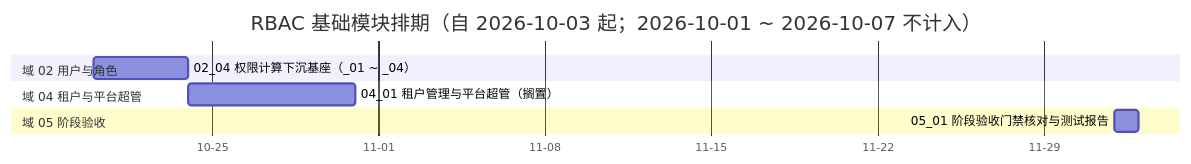
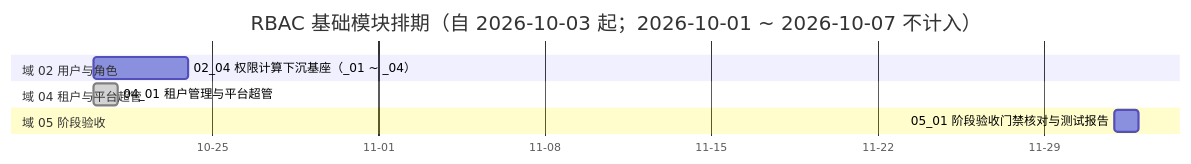
One commit to minjian123/basic-management-system changed the diagram in bms文档/项目/07_RBAC基础模块/计划/01_计划_RBAC基础模块.md. Above: the diagram before and after it, drawn with Mermaid. The commit also changed other lines of this file and 12 other files, not shown here.

````diff
--- a/bms文档/项目/07_RBAC基础模块/计划/01_计划_RBAC基础模块.md
+++ b/bms文档/项目/07_RBAC基础模块/计划/01_计划_RBAC基础模块.md
@@ -77,16 +79,16 @@
 ```mermaid
 gantt
     title RBAC 基础模块排期（自 2026-10-03 起；2026-10-01 ~ 2026-10-07 不计入）
     dateFormat  YYYY-MM-DD
     axisFormat %m-%d
     section 域 01 插件化挂接
     section 域 03 菜单与权限
     section 域 02 用户与角色
     02_04 权限计算下沉基座（_01 ~ _04） :a0204, 2026-10-20, 4d
     section 域 04 租户与平台超管
-    04_01 租户管理与平台超管（搁置） :a0401, 2026-10-24, 7d
+    04_01 租户管理与平台超管 :done, a0401, 2026-10-20, 1d
     section 域 07 原型对照结论补齐
     section 域 08 字典页布局对齐
     section 域 05 阶段验收
     05_01 阶段验收门禁核对与测试报告 :a0501, 2026-12-02, 1d
 ```
````
